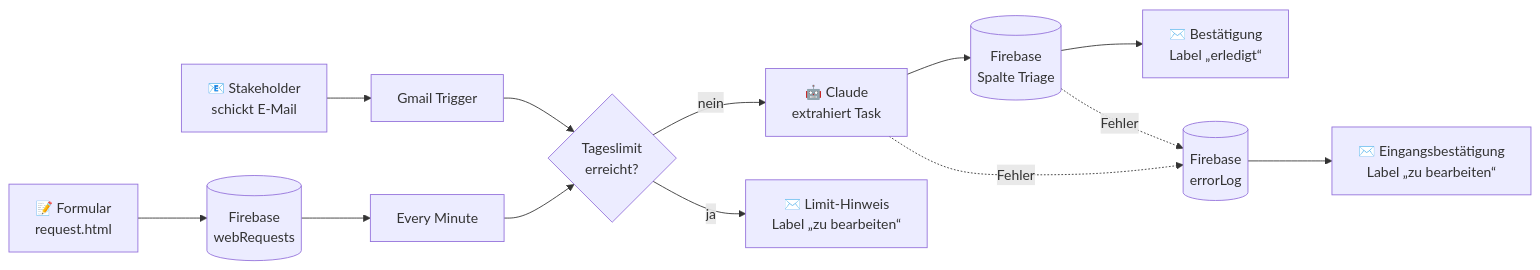
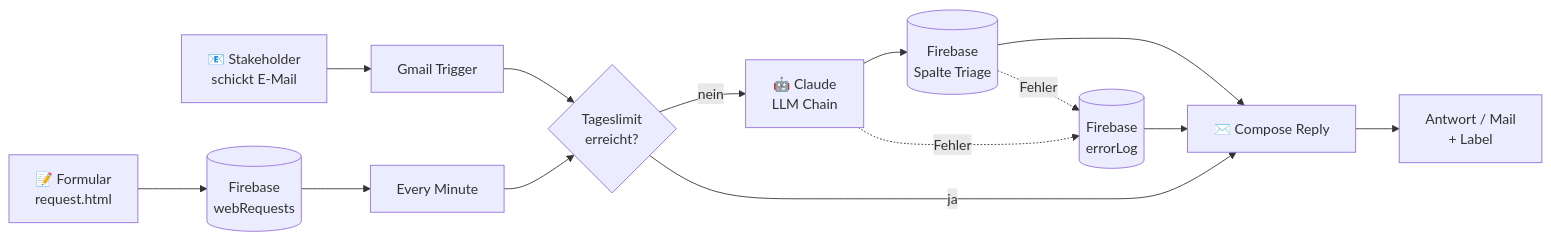
Before and after one commit to dfo81/Join_V2_Ai: the diagram in README.md, drawn with Mermaid. The commit also changed other lines of this file and 1 other file, not shown here.

First line of the commit message:
Slim down email-to-task workflow from 28 to 21 nodes

````diff
--- a/README.md
+++ b/README.md
@@ -58,15 +58,16 @@
 ```mermaid
 flowchart LR
     A[📧 Stakeholder<br/>schickt E-Mail] --> B[Gmail Trigger]
     W[📝 Formular<br/>request.html] --> Q[(Firebase<br/>webRequests)]
     Q --> T[Every Minute]
     B --> C{Tageslimit<br/>erreicht?}
     T --> C
-    C -- nein --> D[🤖 Claude<br/>extrahiert Task]
+    C -- nein --> D[🤖 Claude<br/>LLM Chain]
     D --> E[(Firebase<br/>Spalte Triage)]
-    E --> F[✉️ Bestätigung<br/>Label „erledigt“]
-    C -- ja --> G[✉️ Limit-Hinweis<br/>Label „zu bearbeiten“]
+    E --> R[✉️ Compose Reply]
+    C -- ja --> R
     D -. Fehler .-> L[(Firebase<br/>errorLog)]
     E -. Fehler .-> L
-    L --> H[✉️ Eingangsbestätigung<br/>Label „zu bearbeiten“]
+    L --> R
+    R --> M[Antwort / Mail<br/>+ Label]
 ```
````
